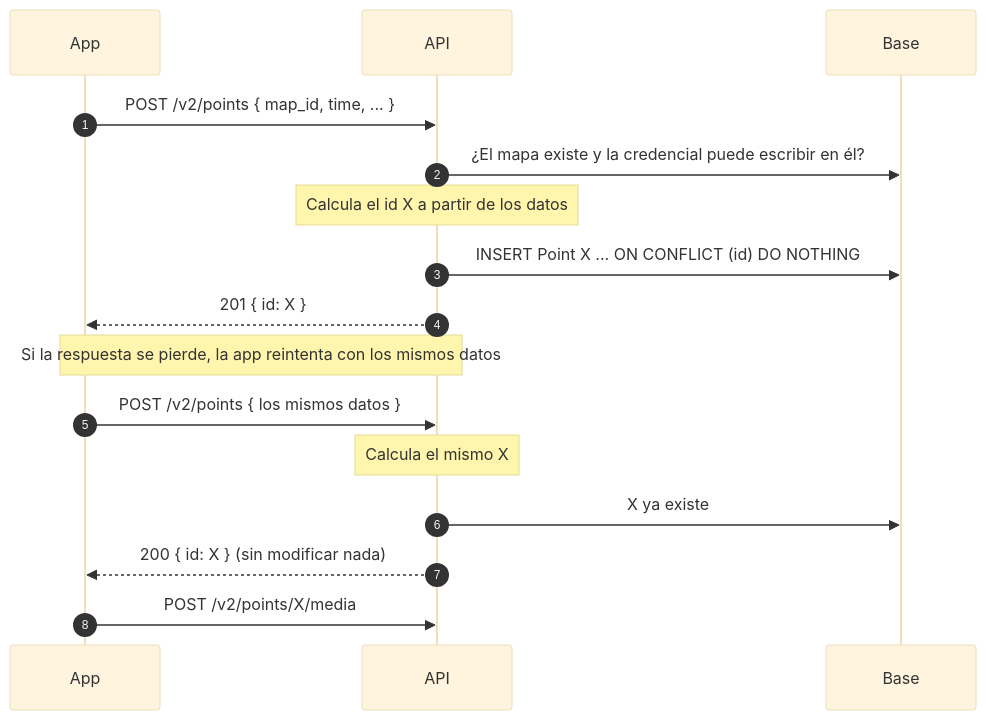
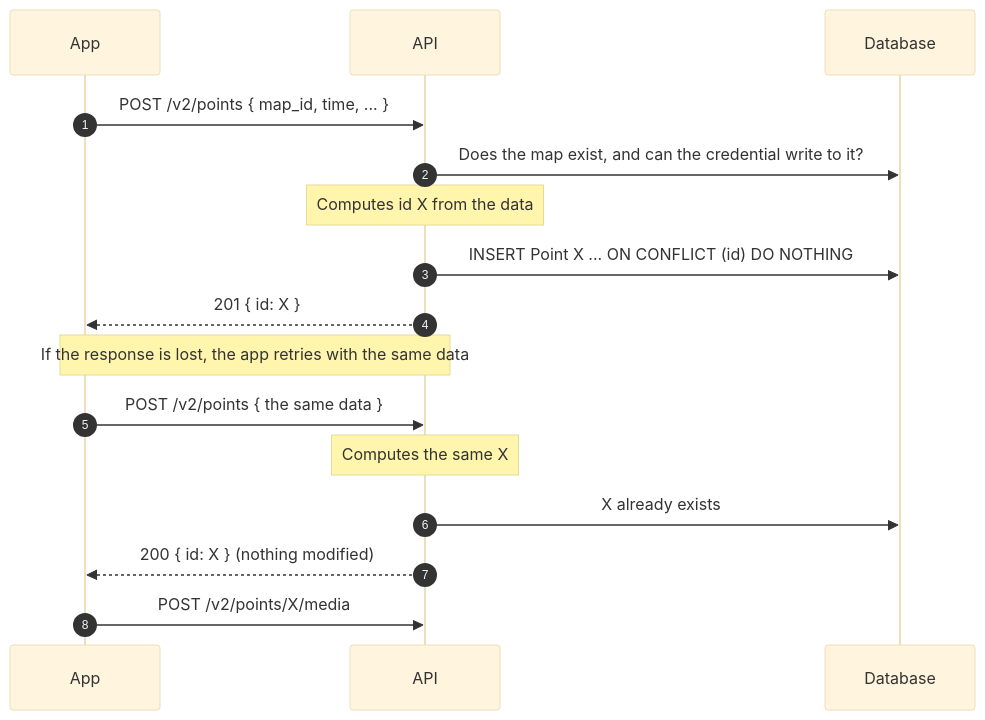
The diagram in docs/how-it-works/create_point.md (hotosm/chatmap), drawn with Mermaid (base theme) before and after one commit. The commit also changed other lines of this file and 8 other files, not shown here.

````diff
--- a/docs/how-it-works/create_point.md
+++ b/docs/how-it-works/create_point.md
@@ -39,19 +39,19 @@
 ```mermaid
 sequenceDiagram
     autonumber
     participant C as App
     participant A as API
-    participant B as Base
+    participant B as Database
 
     C->>A: POST /v2/points { map_id, time, ... }
-    A->>B: ¿El mapa existe y la credencial puede escribir en él?
-    Note over A: Calcula el id X a partir de los datos
+    A->>B: Does the map exist, and can the credential write to it?
+    Note over A: Computes id X from the data
     A->>B: INSERT Point X ... ON CONFLICT (id) DO NOTHING
     A-->>C: 201 { id: X }
-    Note over C,A: Si la respuesta se pierde, la app reintenta con los mismos datos
-    C->>A: POST /v2/points { los mismos datos }
-    Note over A: Calcula el mismo X
-    A->>B: X ya existe
-    A-->>C: 200 { id: X } (sin modificar nada)
+    Note over C,A: If the response is lost, the app retries with the same data
+    C->>A: POST /v2/points { the same data }
+    Note over A: Computes the same X
+    A->>B: X already exists
+    A-->>C: 200 { id: X } (nothing modified)
     C->>A: POST /v2/points/X/media
 ```
````
